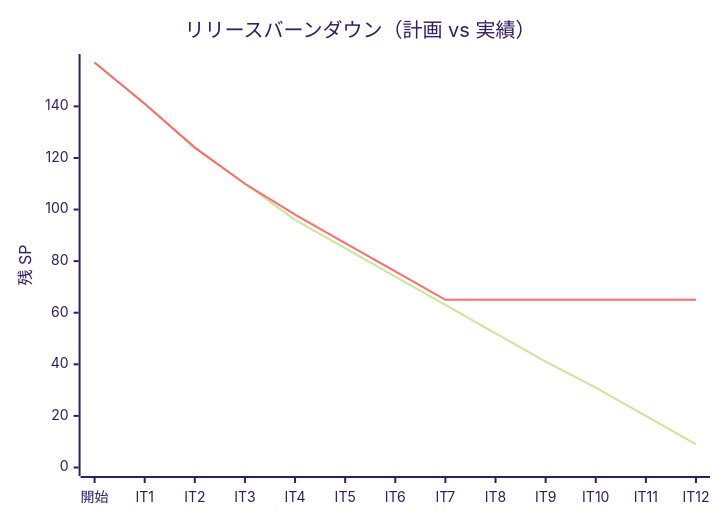
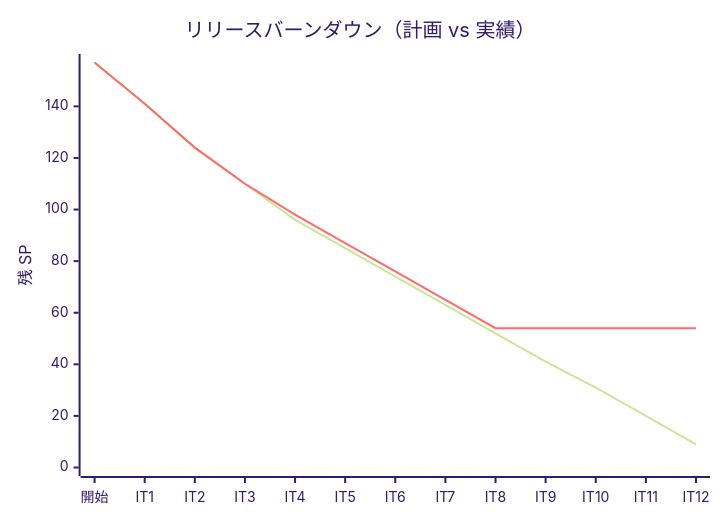
The third of 3 diagrams in docs/development/release_plan.md (k2works/case-study-cargo-tracker), drawn with Mermaid (forest theme) before and after one commit. The commit also changed other lines of this file and 5 other files, not shown here.

````diff
--- a/docs/development/release_plan.md
+++ b/docs/development/release_plan.md
@@ -585,8 +585,8 @@
 ```mermaid
 xychart-beta
     title "リリースバーンダウン（計画 vs 実績）"
     x-axis ["開始", "IT1", "IT2", "IT3", "IT4", "IT5", "IT6", "IT7", "IT8", "IT9", "IT10", "IT11", "IT12"]
     y-axis "残 SP" 0 --> 157
     line "計画" [157, 141, 124, 110, 96, 85, 74, 63, 52, 41, 31, 20, 9]
-    line "実績" [157, 141, 124, 110, 98, 87, 76, 65, 65, 65, 65, 65, 65]
+    line "実績" [157, 141, 124, 110, 98, 87, 76, 65, 54, 54, 54, 54, 54]
 ```
````
